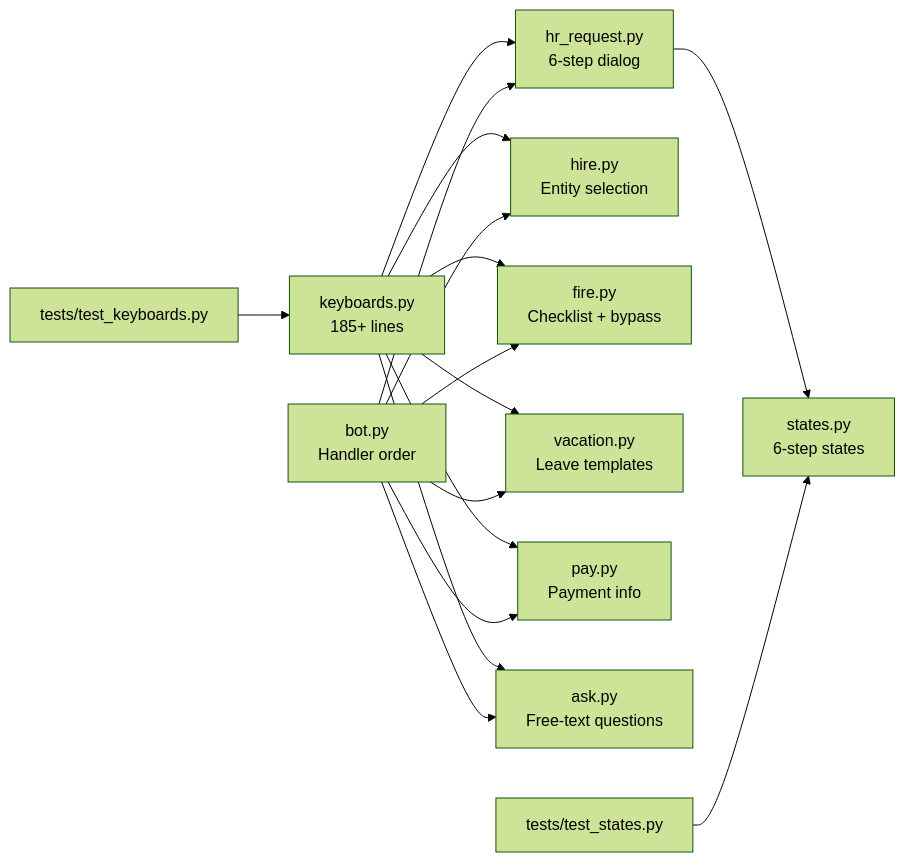
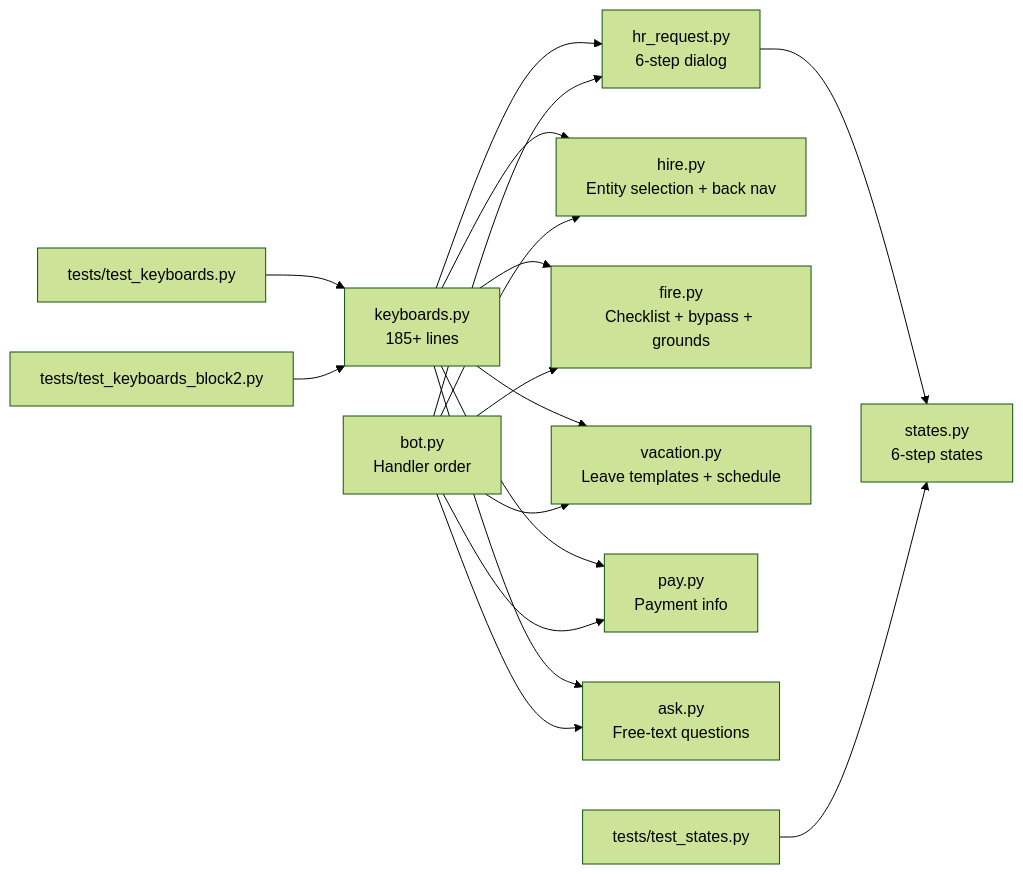
One commit to ognelis/cafetera_hr_bot changed the ninth of 10 diagrams in .qoder/repowiki/en/content/Keyboard System.md. Above: the diagram before and after it, drawn with Mermaid (forest theme). The commit also changed other lines of this file and 14 other files, not shown here.

````diff
--- a/.qoder/repowiki/en/content/Keyboard System.md
+++ b/.qoder/repowiki/en/content/Keyboard System.md
@@ -431,18 +440,19 @@
 ```mermaid
 graph LR
 KB["keyboards.py<br/>185+ lines"] --> HR_REQ["hr_request.py<br/>6-step dialog"]
-KB --> HIRE["hire.py<br/>Entity selection"]
-KB --> FIRE["fire.py<br/>Checklist + bypass"]
-KB --> VACATION["vacation.py<br/>Leave templates"]
+KB --> HIRE["hire.py<br/>Entity selection + back nav"]
+KB --> FIRE["fire.py<br/>Checklist + bypass + grounds"]
+KB --> VACATION["vacation.py<br/>Leave templates + schedule"]
 KB --> PAY["pay.py<br/>Payment info"]
 KB --> ASK["ask.py<br/>Free-text questions"]
 HR_REQ --> STATES["states.py<br/>6-step states"]
 BOT["bot.py<br/>Handler order"] --> HR_REQ
 BOT --> HIRE
 BOT --> FIRE
 BOT --> VACATION
 BOT --> PAY
 BOT --> ASK
 TEST_KB["tests/test_keyboards.py"] --> KB
+TEST_BLOCK2["tests/test_keyboards_block2.py"] --> KB
 TEST_STATES["tests/test_states.py"] --> STATES
 ```
````
